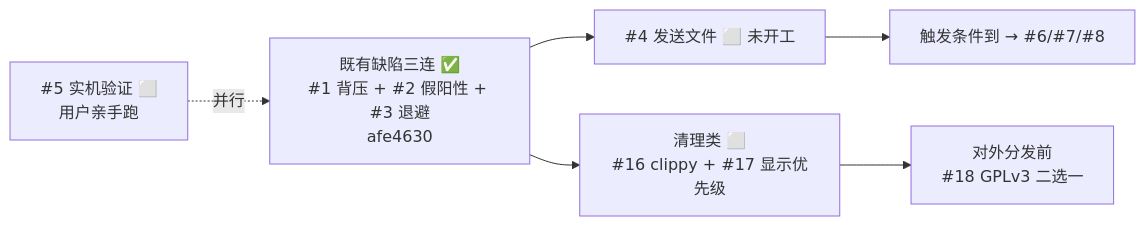
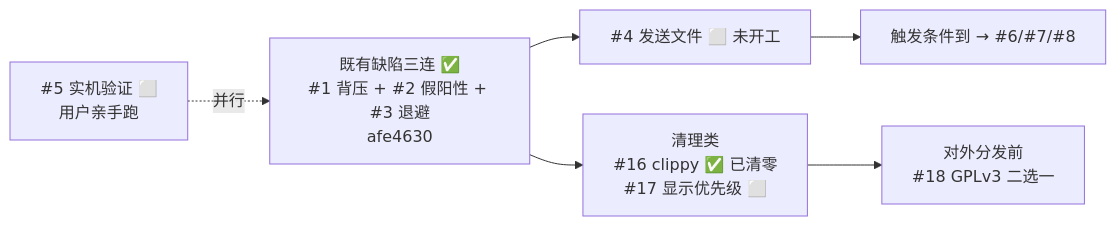
One commit to Tesla1983/Com-tool_RS changed the diagram in GAP_ANALYSIS_VS_COMTOOL.md. Above: the diagram before and after it, drawn with Mermaid. The commit also changed other lines of this file and 8 other files, not shown here.

````diff
--- a/GAP_ANALYSIS_VS_COMTOOL.md
+++ b/GAP_ANALYSIS_VS_COMTOOL.md
@@ -258,8 +260,8 @@
 ```mermaid
 graph LR
   A[既有缺陷三连 ✅<br/>#1 背压 + #2 假阳性 + #3 退避<br/>afe4630] --> B[#4 发送文件 ⬜ 未开工]
-  A --> C[清理类 ⬜<br/>#16 clippy + #17 显示优先级]
+  A --> C[清理类<br/>#16 clippy ✅ 已清零<br/>#17 显示优先级 ⬜]
   D[#5 实机验证 ⬜<br/>用户亲手跑] -.并行.-> A
   B --> E[触发条件到 → #6/#7/#8]
   C --> F[对外分发前<br/>#18 GPLv3 二选一]
 ```
````
